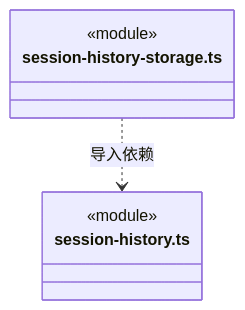
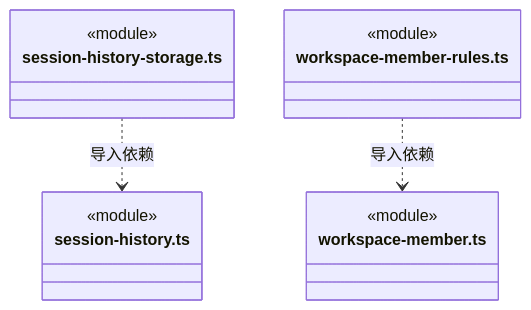
One commit to nan023062/cbim changed diagram 20 of 21 in src/backend/core/team/ARCHITECTURE.md. Above: the diagram before and after it, drawn with Mermaid. The commit also changed other lines of this file and 52 other files, not shown here.

````diff
--- a/src/backend/core/team/ARCHITECTURE.md
+++ b/src/backend/core/team/ARCHITECTURE.md
@@ -289,10 +513,17 @@
 ```mermaid
 classDiagram
 class N_src_backend_core_team_session_history_storage_ts["session-history-storage.ts"] {
   <<module>>
 }
 class N_src_backend_core_team_session_history_ts["session-history.ts"] {
   <<module>>
 }
+class N_src_backend_core_team_workspace_member_rules_ts["workspace-member-rules.ts"] {
+  <<module>>
+}
+class N_src_backend_core_team_workspace_member_ts["workspace-member.ts"] {
+  <<module>>
+}
 N_src_backend_core_team_session_history_storage_ts ..> N_src_backend_core_team_session_history_ts : 导入依赖
+N_src_backend_core_team_workspace_member_rules_ts ..> N_src_backend_core_team_workspace_member_ts : 导入依赖
 ```
````
